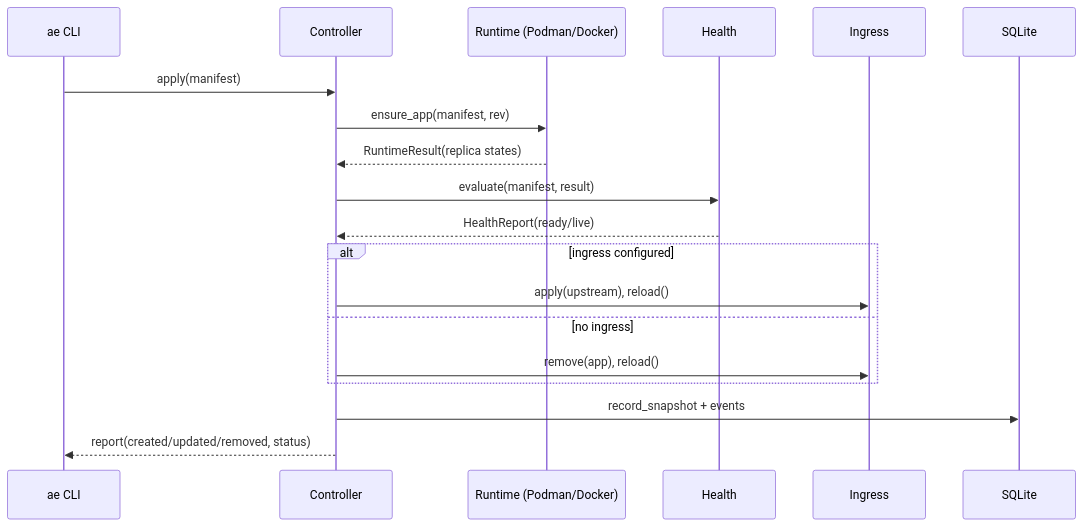
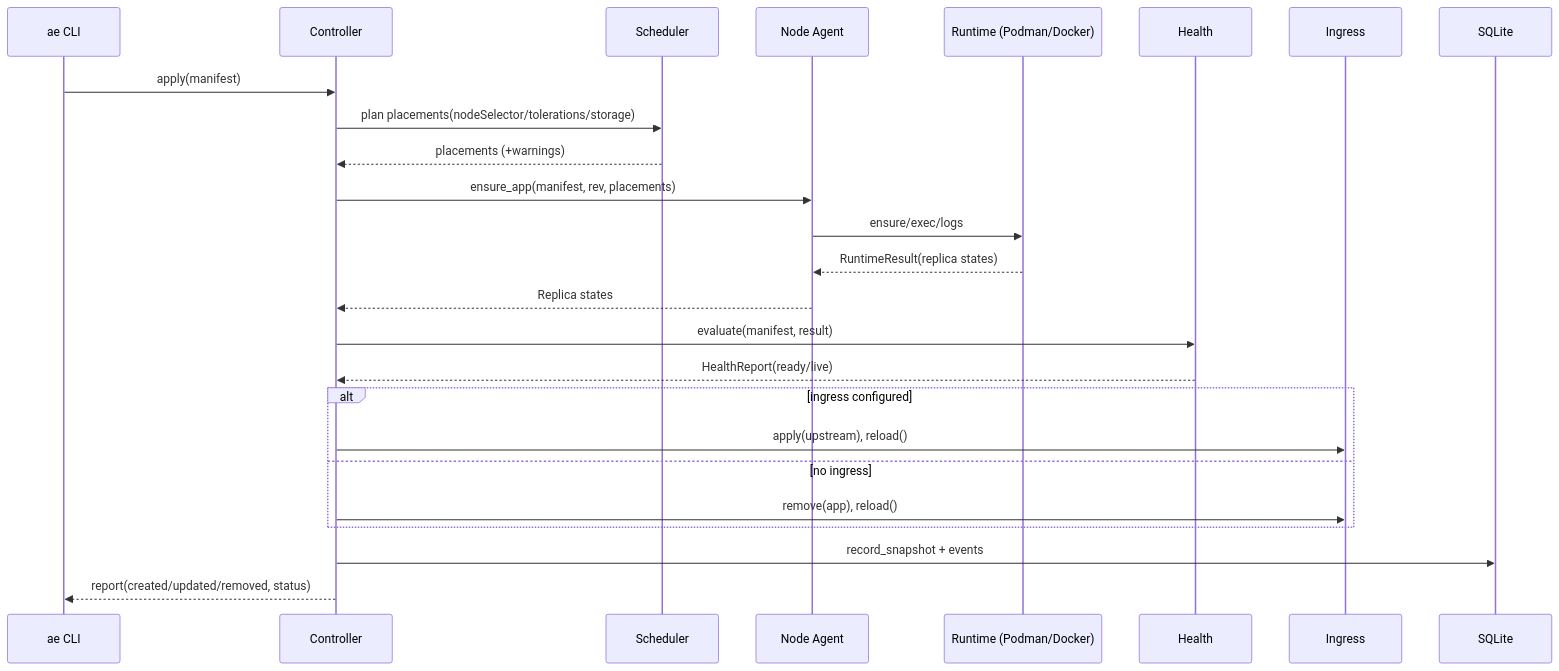
The diagram in docs/architecture.md (the-cm-collective/k1s), drawn with Mermaid before and after one commit. The commit also changed other lines of this file and 39 other files, not shown here.

````diff
--- a/docs/architecture.md
+++ b/docs/architecture.md
@@ -59,22 +73,28 @@
 ```mermaid
 sequenceDiagram
   participant CLI as ae CLI
   participant C as Controller
+  participant SCH as Scheduler
+  participant A as Node Agent
   participant R as Runtime (Podman/Docker)
   participant H as Health
   participant I as Ingress
   participant S as SQLite
 
   CLI->>C: apply(manifest)
-  C->>R: ensure_app(manifest, rev)
-  R-->>C: RuntimeResult(replica states)
+  C->>SCH: plan placements(nodeSelector/tolerations/storage)
+  SCH-->>C: placements (+warnings)
+  C->>A: ensure_app(manifest, rev, placements)
+  A->>R: ensure/exec/logs
+  R-->>A: RuntimeResult(replica states)
+  A-->>C: Replica states
   C->>H: evaluate(manifest, result)
   H-->>C: HealthReport(ready/live)
   alt ingress configured
     C->>I: apply(upstream), reload()
   else no ingress
     C->>I: remove(app), reload()
   end
   C->>S: record_snapshot + events
   C-->>CLI: report(created/updated/removed, status)
 ```
````
